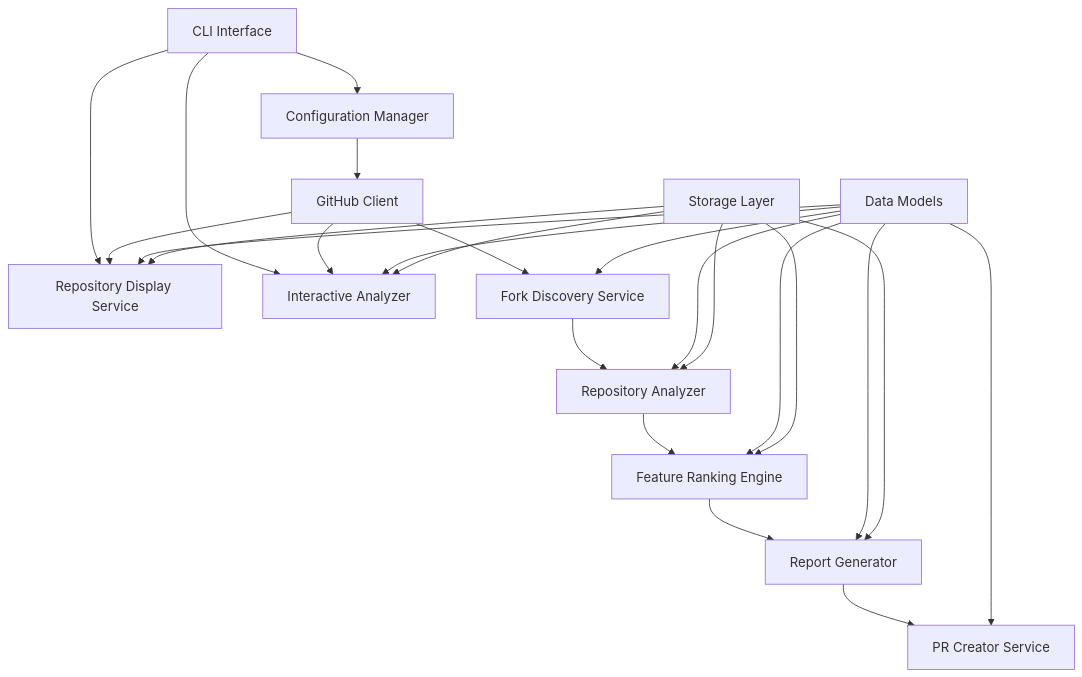
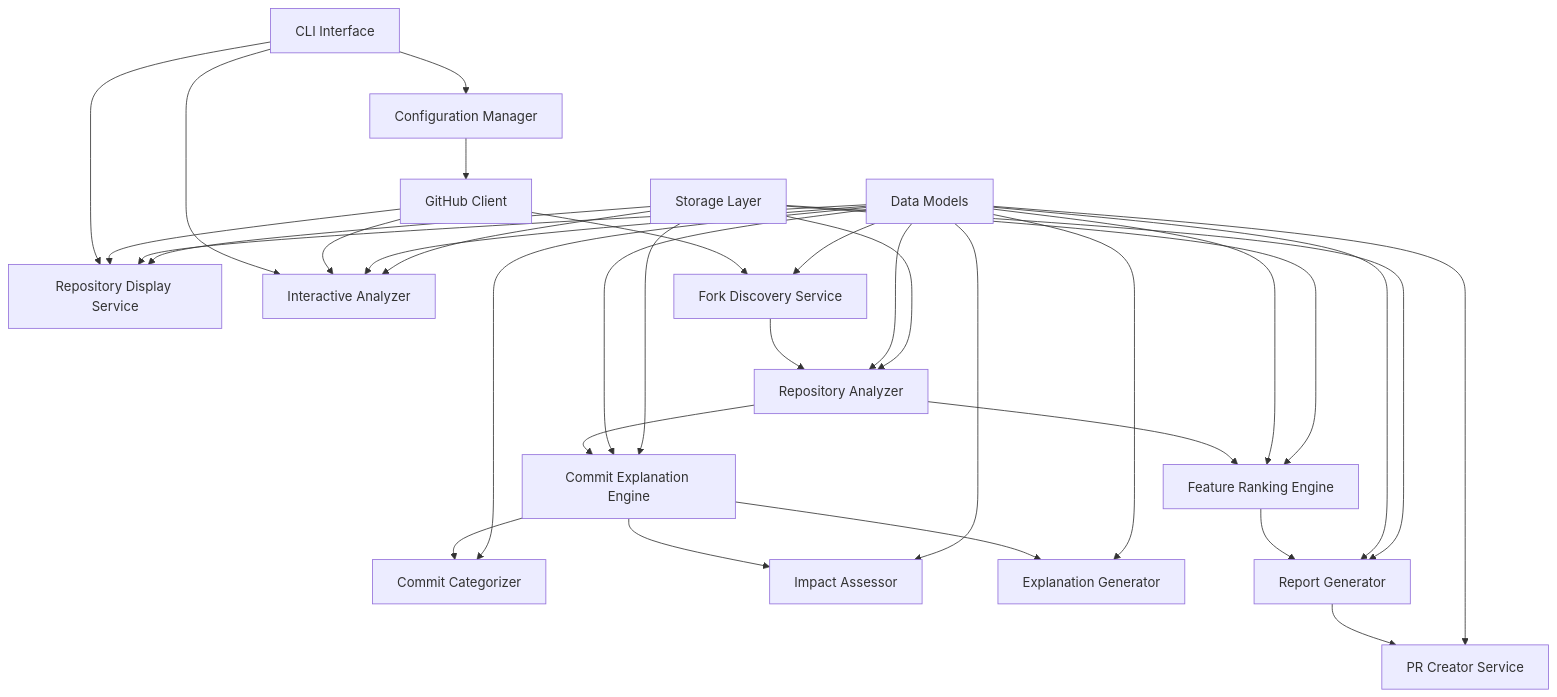
One commit to Romamo/forkscout changed the diagram in .kiro/specs/forklift-tool/design.md. Above: the diagram before and after it, drawn with Mermaid. The commit also changed other lines of this file and 8 other files, not shown here.

````diff
--- a/.kiro/specs/forklift-tool/design.md
+++ b/.kiro/specs/forklift-tool/design.md
@@ -11,28 +11,37 @@
 ```mermaid
 graph TD
     A[CLI Interface] --> B[Configuration Manager]
     A --> K[Repository Display Service]
     A --> L[Interactive Analyzer]
     B --> C[GitHub Client]
     C --> D[Fork Discovery Service]
     C --> K
     C --> L
     D --> E[Repository Analyzer]
+    E --> M[Commit Explanation Engine]
+    M --> N[Commit Categorizer]
+    M --> O[Impact Assessor]
+    M --> P[Explanation Generator]
     E --> F[Feature Ranking Engine]
     F --> G[Report Generator]
     G --> H[PR Creator Service]
     
     I[Data Models] --> D
     I --> E
     I --> F
     I --> G
     I --> H
     I --> K
     I --> L
+    I --> M
+    I --> N
+    I --> O
+    I --> P
     
     J[Storage Layer] --> E
     J --> F
     J --> G
     J --> K
     J --> L
+    J --> M
 ```
````
